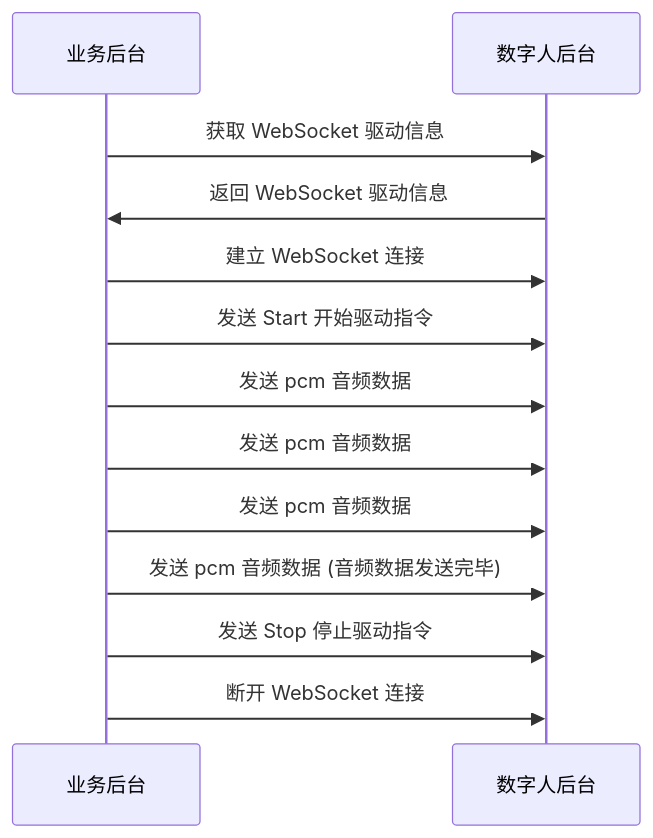
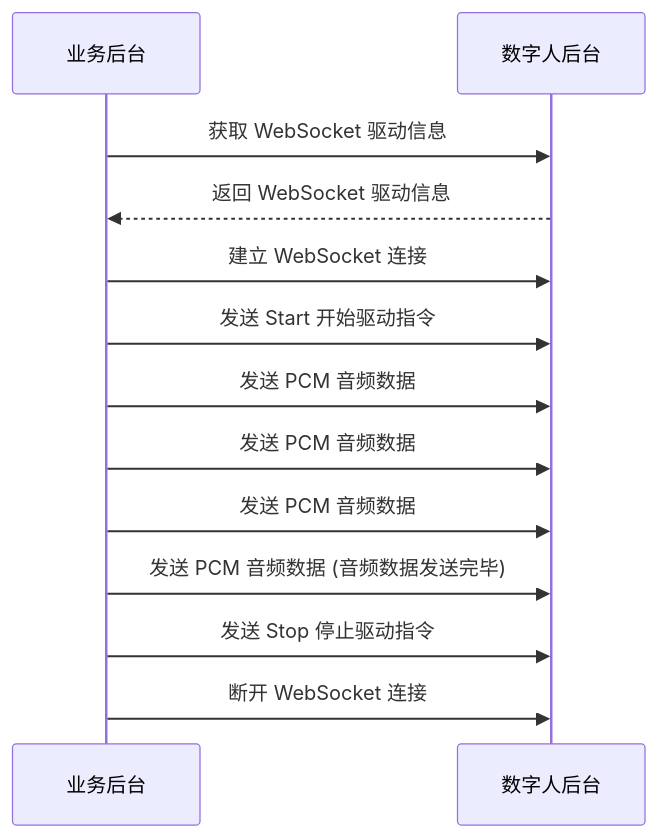
Before and after one commit to ZEGOCLOUD/docs_all: the diagram in core_products/digital-human/zh/server/quick-start/digital-human-ws-drive.mdx, drawn with Mermaid. The commit also changed other lines of this file and 6 other files, not shown here.

````diff
--- a/core_products/digital-human/zh/server/quick-start/digital-human-ws-drive.mdx
+++ b/core_products/digital-human/zh/server/quick-start/digital-human-ws-drive.mdx
@@ -20,18 +20,18 @@
 ```mermaid
 sequenceDiagram
     participant 业务后台
     participant 数字人后台
 
     业务后台->>数字人后台: 获取 WebSocket 驱动信息
-    数字人后台->>业务后台: 返回 WebSocket 驱动信息
+    数字人后台-->>业务后台: 返回 WebSocket 驱动信息
 
     业务后台->>数字人后台: 建立 WebSocket 连接
     业务后台->>数字人后台: 发送 Start 开始驱动指令
-    业务后台->>数字人后台: 发送 pcm 音频数据
-    业务后台->>数字人后台: 发送 pcm 音频数据
-    业务后台->>数字人后台: 发送 pcm 音频数据
-    业务后台->>数字人后台: 发送 pcm 音频数据 (音频数据发送完毕)
+    业务后台->>数字人后台: 发送 PCM 音频数据
+    业务后台->>数字人后台: 发送 PCM 音频数据
+    业务后台->>数字人后台: 发送 PCM 音频数据
+    业务后台->>数字人后台: 发送 PCM 音频数据 (音频数据发送完毕)
     业务后台->>数字人后台: 发送 Stop 停止驱动指令
     
     业务后台->>数字人后台: 断开 WebSocket 连接
 ```
````
